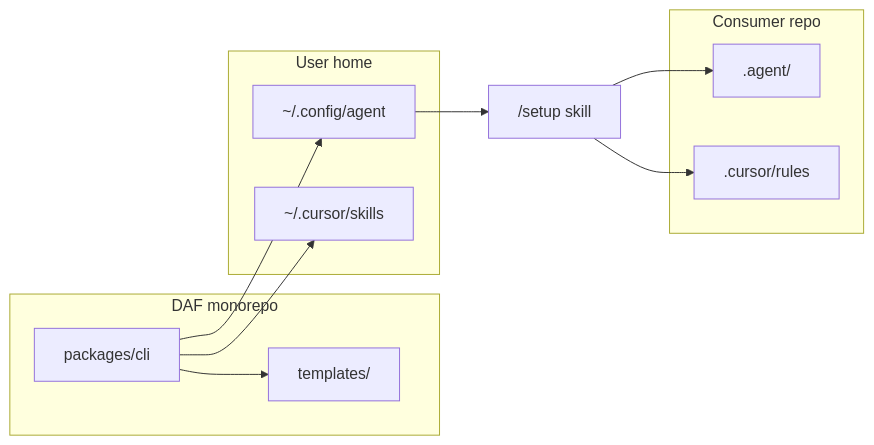
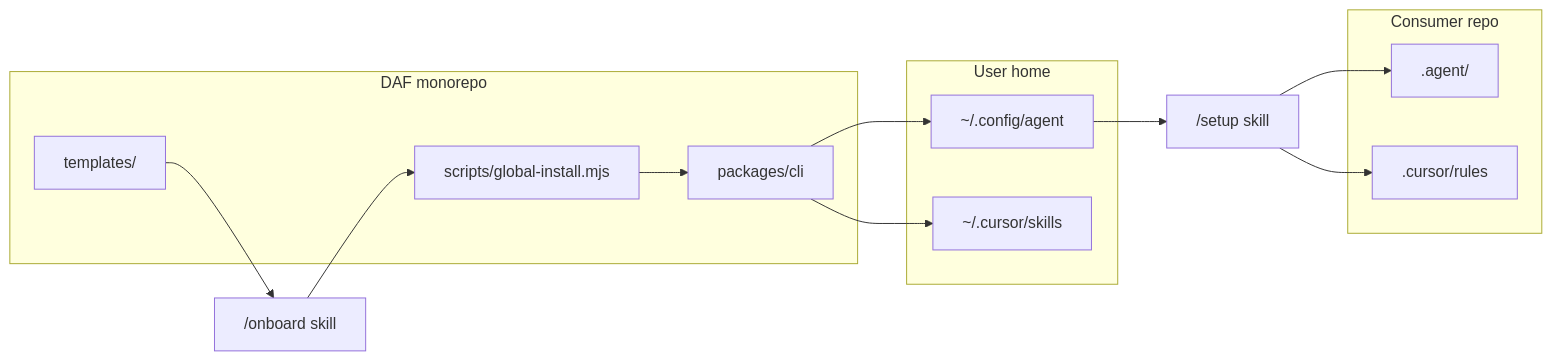
One commit to npain142/daniels-agentic-framework changed the diagram in .agent/ARCHITECTURE.md. Above: the diagram before and after it, drawn with Mermaid. The commit also changed other lines of this file and 36 other files, not shown here.

````diff
--- a/.agent/ARCHITECTURE.md
+++ b/.agent/ARCHITECTURE.md
@@ -25,22 +27,26 @@
 ```mermaid
 flowchart LR
   subgraph repo [DAF monorepo]
     T[templates/]
-    CLI[packages/cli]
+    R[scripts/global-install.mjs]
+    LIB[packages/cli]
   end
   subgraph home [User home]
     GC["~/.config/agent"]
     CS["~/.cursor/skills"]
   end
   subgraph project [Consumer repo]
     AG[".agent/"]
     CUR[".cursor/rules"]
   end
-  CLI --> T
-  CLI --> GC
-  CLI --> CS
+  onboard["/onboard skill"]
+  T --> onboard
+  onboard --> R
+  R --> LIB
+  LIB --> GC
+  LIB --> CS
   setup["/setup skill"]
   GC --> setup
   setup --> AG
   setup --> CUR
 ```
````
